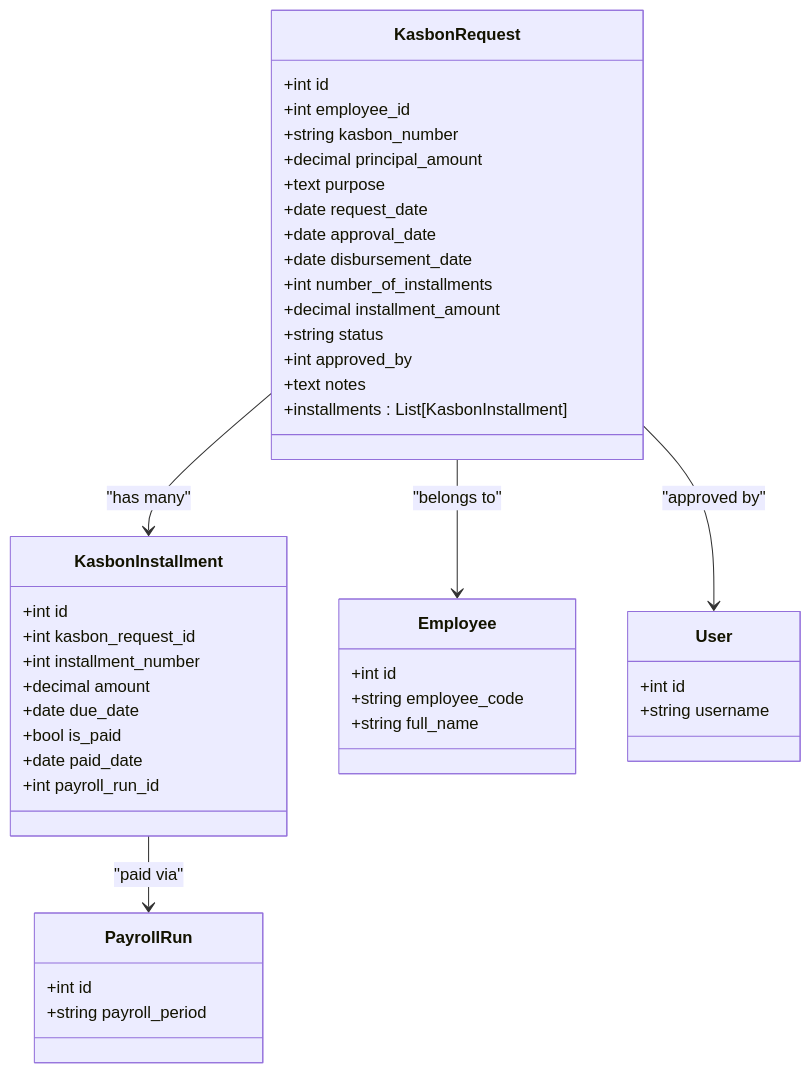
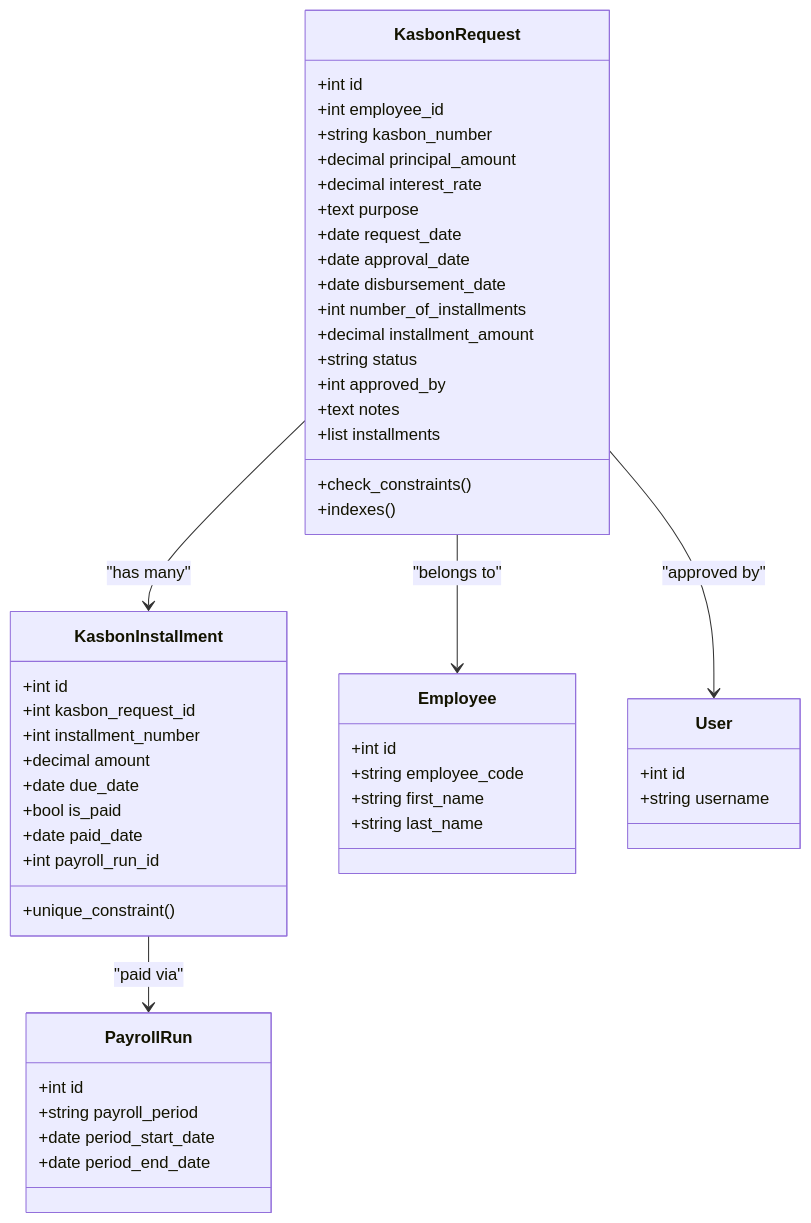
The second of 7 diagrams in .qoder/repowiki/en/content/Kasbon Management.md (bikinaplikasipakeqoder-dot/payroll-hris), drawn with Mermaid before and after one commit. The commit also changed other lines of this file and 22 other files, not shown here.

````diff
--- a/.qoder/repowiki/en/content/Kasbon Management.md
+++ b/.qoder/repowiki/en/content/Kasbon Management.md
@@ -111,46 +96,53 @@
 ```mermaid
 classDiagram
 class KasbonRequest {
 +int id
 +int employee_id
 +string kasbon_number
 +decimal principal_amount
++decimal interest_rate
 +text purpose
 +date request_date
 +date approval_date
 +date disbursement_date
 +int number_of_installments
 +decimal installment_amount
 +string status
 +int approved_by
 +text notes
-+installments : List[KasbonInstallment]
++list installments
++check_constraints()
++indexes()
 }
 class KasbonInstallment {
 +int id
 +int kasbon_request_id
 +int installment_number
 +decimal amount
 +date due_date
 +bool is_paid
 +date paid_date
 +int payroll_run_id
++unique_constraint()
 }
 class Employee {
 +int id
 +string employee_code
-+string full_name
++string first_name
++string last_name
 }
 class User {
 +int id
 +string username
 }
 class PayrollRun {
 +int id
 +string payroll_period
++date period_start_date
++date period_end_date
 }
 KasbonRequest --> Employee : "belongs to"
 KasbonRequest --> User : "approved by"
 KasbonRequest --> KasbonInstallment : "has many"
 KasbonInstallment --> PayrollRun : "paid via"
 ```
````
